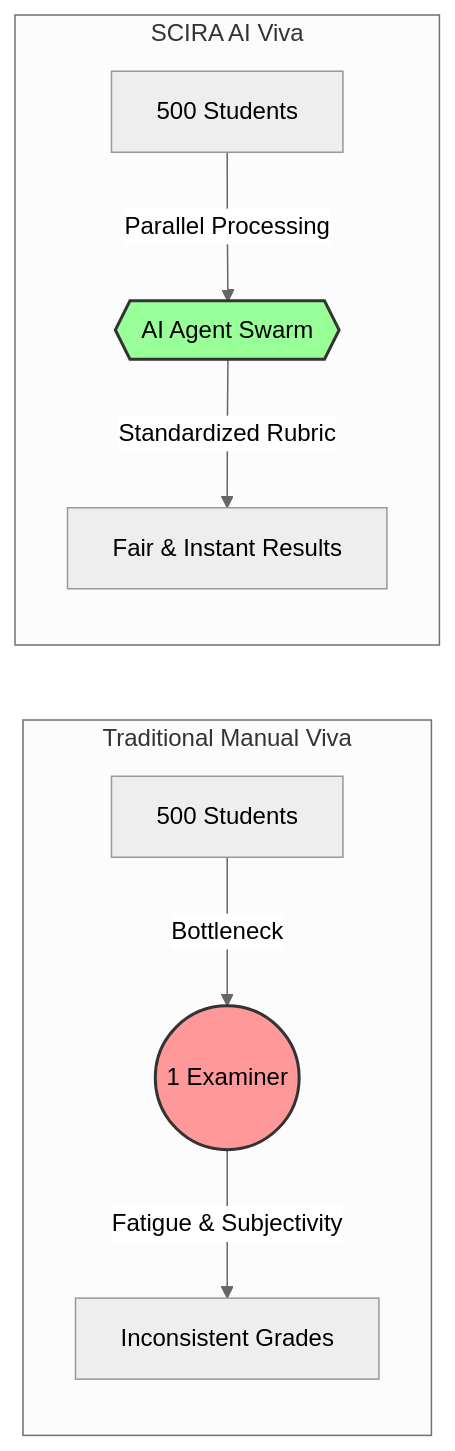
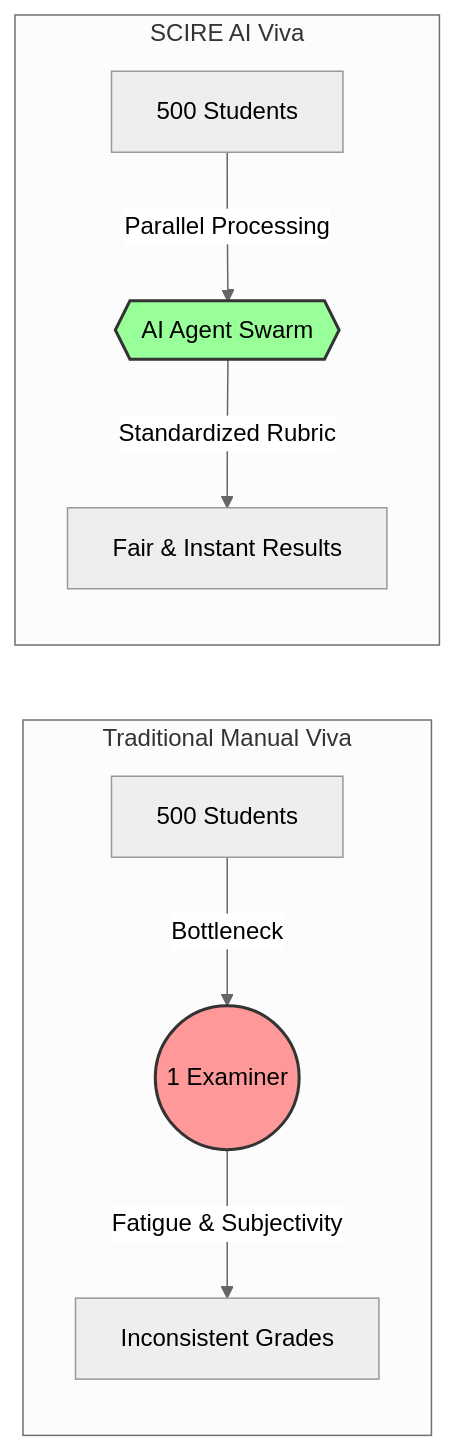
Before and after one commit to anand-mukul/scira-md: the first of 2 diagrams in PPT_Content.md, drawn with Mermaid (neutral theme). The commit also changed other lines of this file and 9 other files, not shown here.

````diff
--- a/PPT_Content.md
+++ b/PPT_Content.md
@@ -51,14 +51,14 @@
 ```mermaid
 graph LR
     subgraph "Traditional Manual Viva"
         A[500 Students] --"Bottleneck"--> B((1 Examiner))
         B --"Fatigue & Subjectivity"--> C[Inconsistent Grades]
         style B fill:#ff9999,stroke:#333,stroke-width:2px
     end
 
-    subgraph "SCIRA AI Viva"
+    subgraph "SCIRE AI Viva"
         D[500 Students] --"Parallel Processing"--> E{{AI Agent Swarm}}
         E --"Standardized Rubric"--> F[Fair & Instant Results]
         style E fill:#99ff99,stroke:#333,stroke-width:2px
     end
 ```
````
